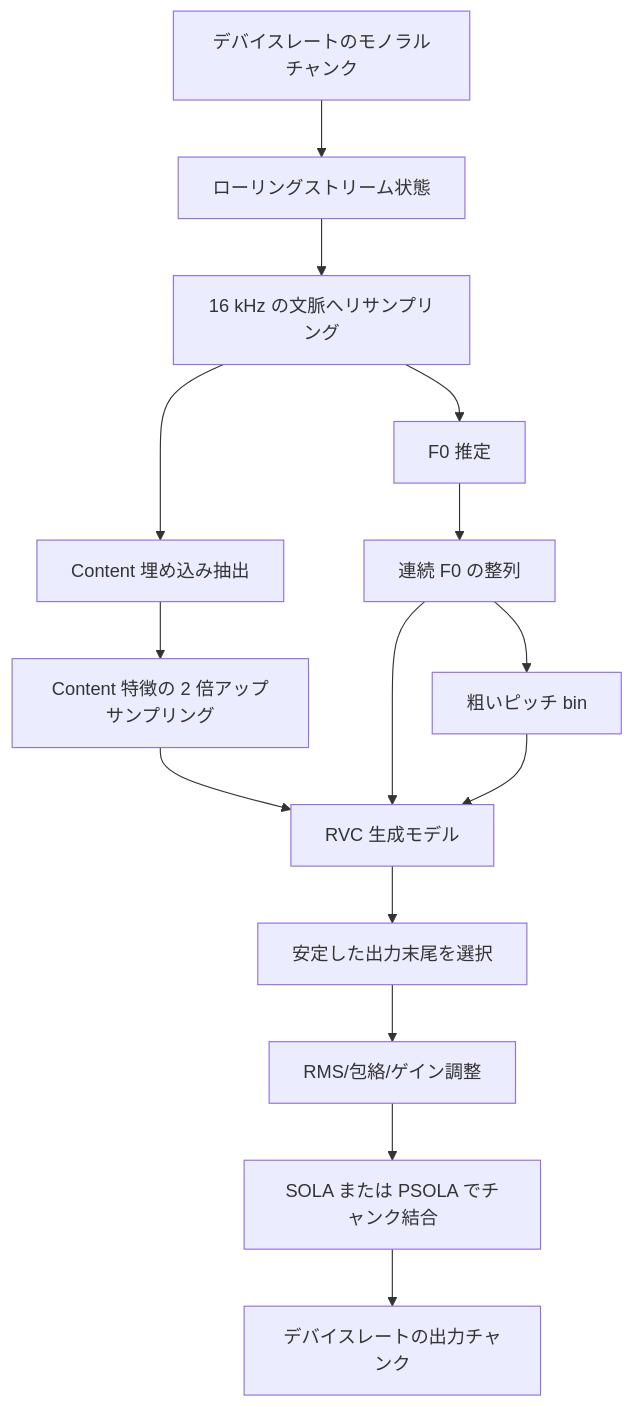
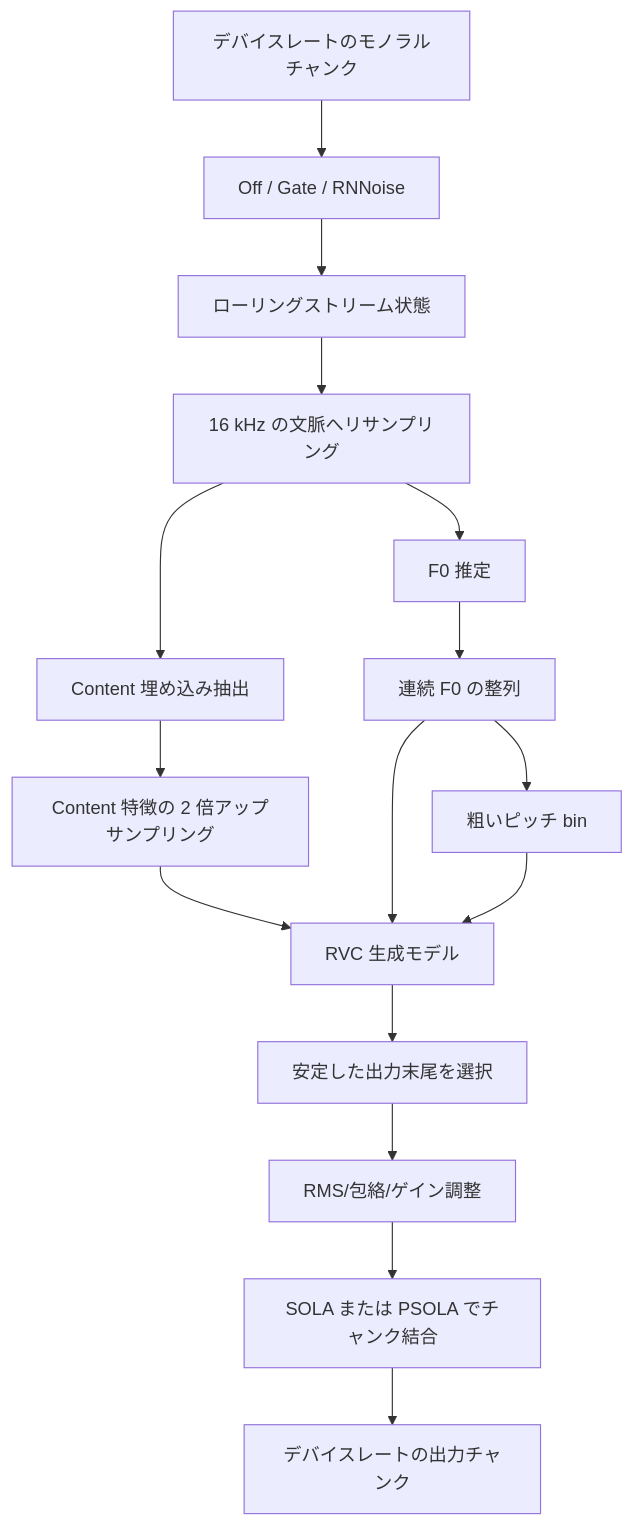
One commit to shirohata/vc-rs changed the second of 2 diagrams in docs/architecture_ja.md. Above: the diagram before and after it, drawn with Mermaid. The commit also changed other lines of this file and 23 other files, not shown here.

````diff
--- a/docs/architecture_ja.md
+++ b/docs/architecture_ja.md
@@ -81,17 +81,18 @@
 ```mermaid
 flowchart TD
-    input["デバイスレートのモノラルチャンク"] --> state["ローリングストリーム状態"]
+    input["デバイスレートのモノラルチャンク"] --> denoise["Off / Gate / RNNoise"]
+    denoise --> state["ローリングストリーム状態"]
     state --> resample["16 kHz の文脈へリサンプリング"]
     resample --> embed["Content 埋め込み抽出"]
     resample --> f0["F0 推定"]
     embed --> feats["Content 特徴の 2 倍アップサンプリング"]
     f0 --> pitchf["連続 F0 の整列"]
     pitchf --> coarse["粗いピッチ bin"]
     feats --> rvc["RVC 生成モデル"]
     pitchf --> rvc
     coarse --> rvc
     rvc --> tail["安定した出力末尾を選択"]
     tail --> level["RMS/包絡/ゲイン調整"]
     level --> join["SOLA または PSOLA でチャンク結合"]
     join --> device["デバイスレートの出力チャンク"]
 ```
````
